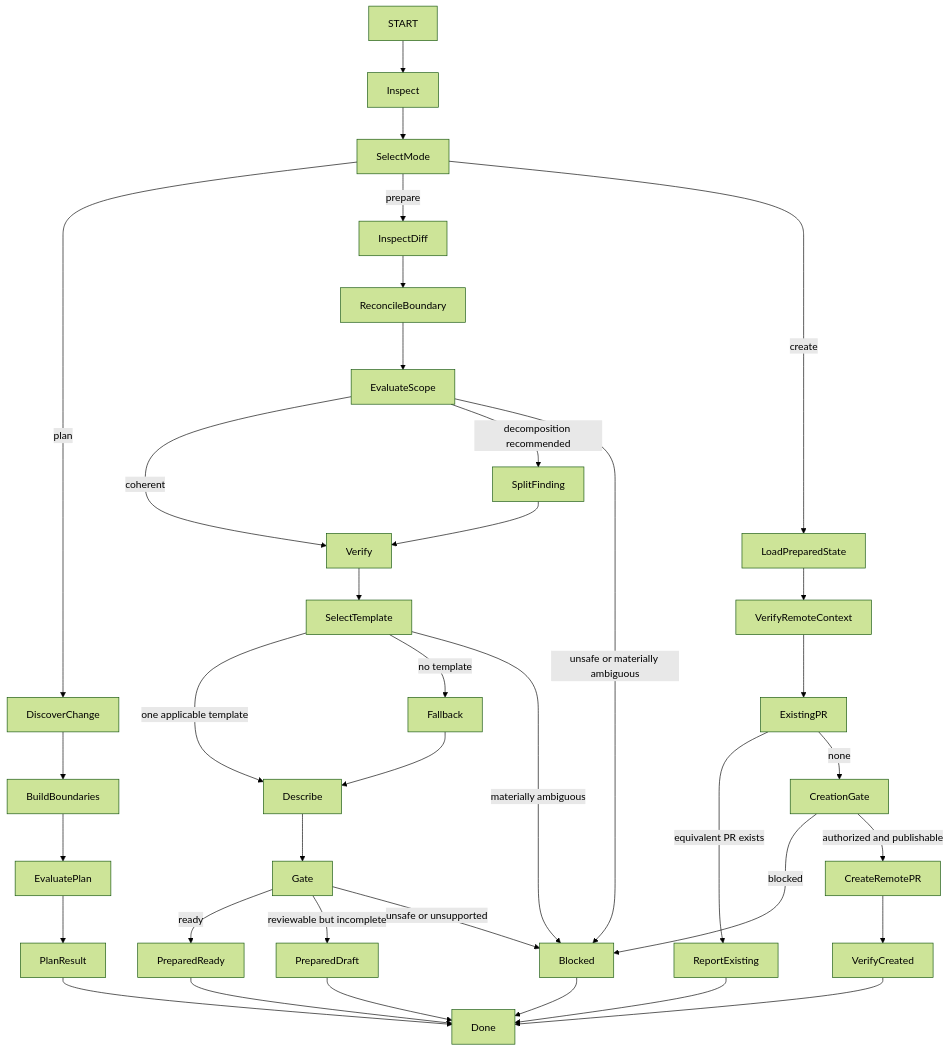
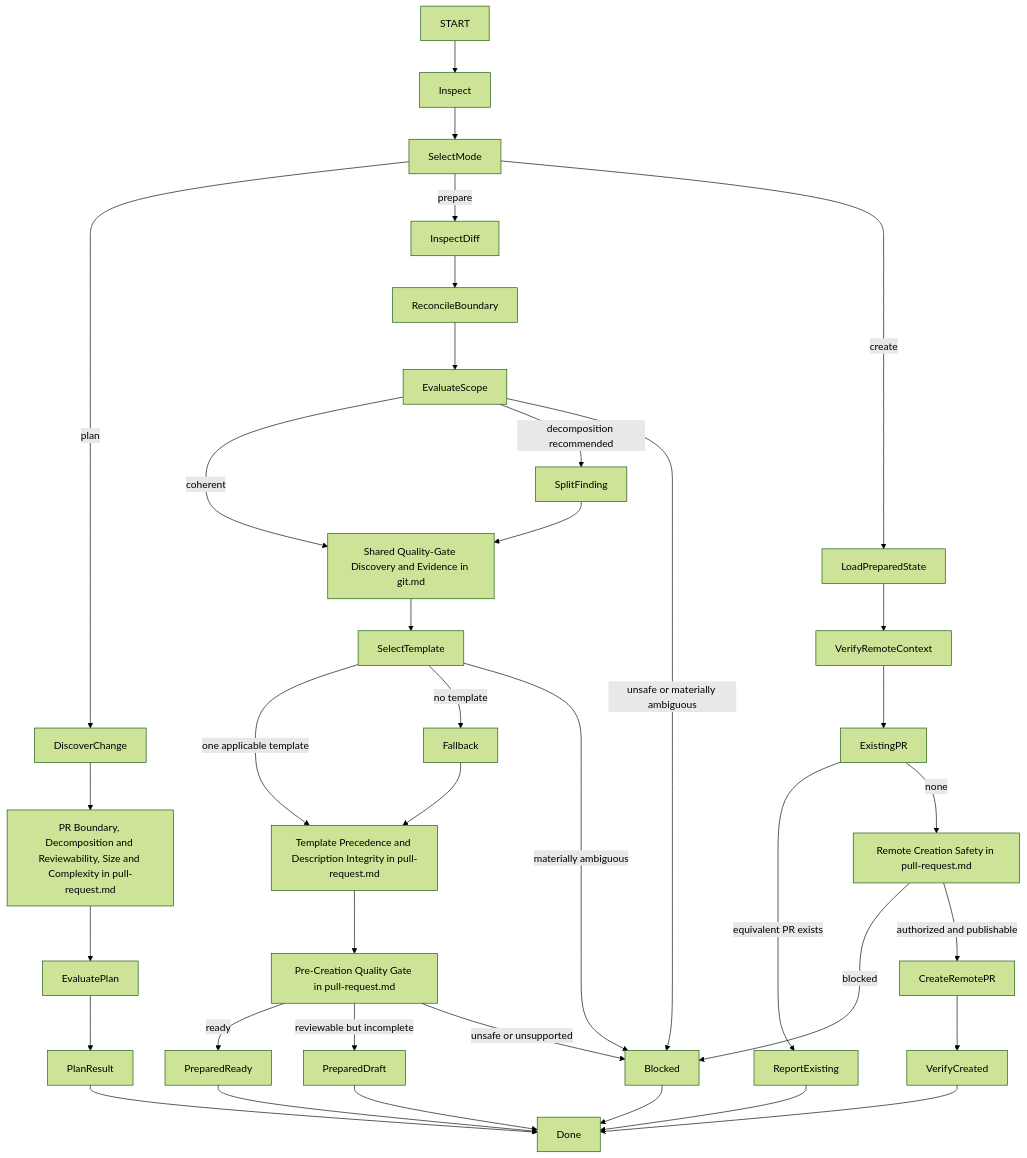
The diagram in contexts/git/skills/manage-pull-request/SKILL.md (JadsonLucena/agent-toolkit), drawn with Mermaid (forest theme) before and after one commit. The commit also changed other lines of this file and 27 other files, not shown here.

````diff
--- a/contexts/git/skills/manage-pull-request/SKILL.md
+++ b/contexts/git/skills/manage-pull-request/SKILL.md
@@ -58,49 +58,49 @@
 ```mermaid
 flowchart TD
     START --> Inspect
     Inspect --> SelectMode
 
     SelectMode -->|plan| DiscoverChange
-    DiscoverChange --> BuildBoundaries
+    DiscoverChange --> BuildBoundaries["PR Boundary, Decomposition and Reviewability, Size and Complexity in pull-request.md"]
     BuildBoundaries --> EvaluatePlan
     EvaluatePlan --> PlanResult
 
     SelectMode -->|prepare| InspectDiff
     InspectDiff --> ReconcileBoundary
     ReconcileBoundary --> EvaluateScope
 
-    EvaluateScope -->|coherent| Verify
+    EvaluateScope -->|coherent| Verify["Shared Quality-Gate Discovery and Evidence in git.md"]
     EvaluateScope -->|decomposition recommended| SplitFinding
     EvaluateScope -->|unsafe or materially ambiguous| Blocked
 
     SplitFinding --> Verify
 
     Verify --> SelectTemplate
-    SelectTemplate -->|one applicable template| Describe
+    SelectTemplate -->|one applicable template| Describe["Template Precedence and Description Integrity in pull-request.md"]
     SelectTemplate -->|no template| Fallback
     SelectTemplate -->|materially ambiguous| Blocked
     Fallback --> Describe
-    Describe --> Gate
+    Describe --> Gate["Pre-Creation Quality Gate in pull-request.md"]
 
     Gate -->|ready| PreparedReady
     Gate -->|reviewable but incomplete| PreparedDraft
     Gate -->|unsafe or unsupported| Blocked
 
     SelectMode -->|create| LoadPreparedState
     LoadPreparedState --> VerifyRemoteContext
     VerifyRemoteContext --> ExistingPR
 
     ExistingPR -->|equivalent PR exists| ReportExisting
-    ExistingPR -->|none| CreationGate
+    ExistingPR -->|none| CreationGate["Remote Creation Safety in pull-request.md"]
 
     CreationGate -->|blocked| Blocked
     CreationGate -->|authorized and publishable| CreateRemotePR
     CreateRemotePR --> VerifyCreated
     VerifyCreated --> Done
 
     PlanResult --> Done
     PreparedReady --> Done
     PreparedDraft --> Done
     ReportExisting --> Done
     Blocked --> Done
 ```
````
